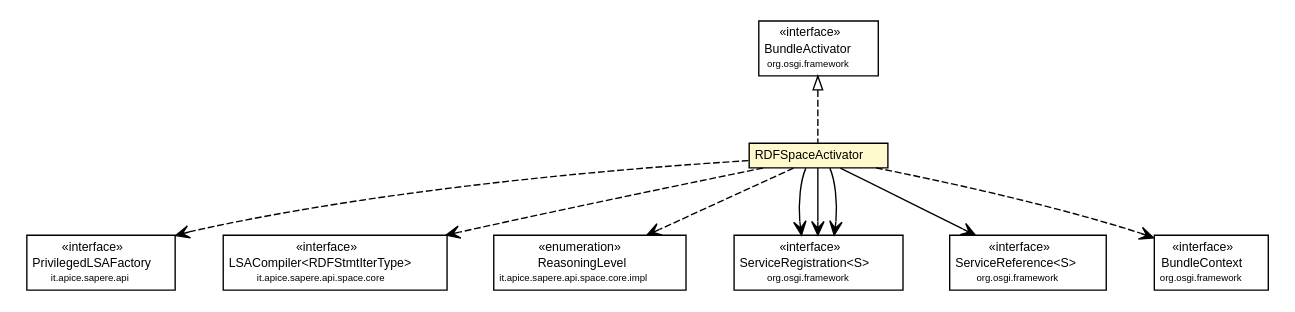
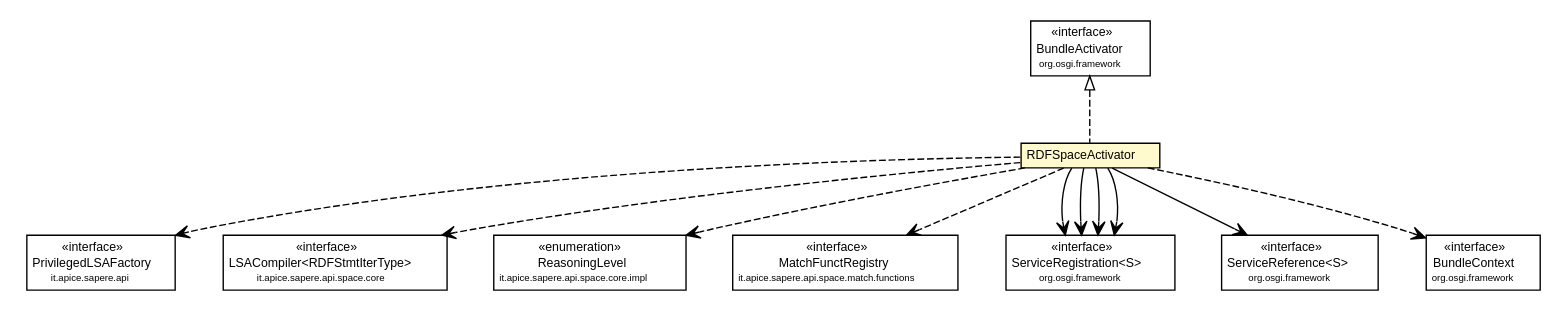
Before and after one commit to DanySK/Legacy-Contessi-Thesis-Semantic-Web-SAPERE: the diagram in deployed-site/apidocs/it/apice/sapere/space/internal/RDFSpaceActivator.dot, drawn with Graphviz. The commit also changed 8879 other files, not shown here.

```diff
--- a/deployed-site/apidocs/it/apice/sapere/space/internal/RDFSpaceActivator.dot
+++ b/deployed-site/apidocs/it/apice/sapere/space/internal/RDFSpaceActivator.dot
@@ -1,90 +1,102 @@
 #!/usr/local/bin/dot
 #
 # Class diagram 
 # Generated by UmlGraph version 4.4 (http://www.spinellis.gr/sw/umlgraph)
 #
 
 digraph G {
 	edge [fontname="Helvetica",fontsize=10,labelfontname="Helvetica",labelfontsize=10];
 	node [fontname="Helvetica",fontsize=10,shape=plaintext];
 	// it.apice.sapere.api.PrivilegedLSAFactory
-	c53019 [label=<<table border="0" cellborder="1" cellspacing="0" cellpadding="2" port="p" href="../../api/PrivilegedLSAFactory.html">
+	c54444 [label=<<table border="0" cellborder="1" cellspacing="0" cellpadding="2" port="p" href="../../api/PrivilegedLSAFactory.html">
 		<tr><td><table border="0" cellspacing="0" cellpadding="1">
 			<tr><td> &laquo;interface&raquo; </td></tr>
 			<tr><td> PrivilegedLSAFactory </td></tr>
 			<tr><td><font point-size="7.0"> it.apice.sapere.api </font></td></tr>
 		</table></td></tr>
 		</table>>, fontname="Helvetica", fontcolor="black", fontsize=9.0];
 	// it.apice.sapere.api.space.core.LSACompiler<RDFStmtIterType>
-	c53094 [label=<<table border="0" cellborder="1" cellspacing="0" cellpadding="2" port="p" href="../../api/space/core/LSACompiler.html">
+	c54519 [label=<<table border="0" cellborder="1" cellspacing="0" cellpadding="2" port="p" href="../../api/space/core/LSACompiler.html">
 		<tr><td><table border="0" cellspacing="0" cellpadding="1">
 			<tr><td> &laquo;interface&raquo; </td></tr>
 			<tr><td> LSACompiler&lt;RDFStmtIterType&gt; </td></tr>
 			<tr><td><font point-size="7.0"> it.apice.sapere.api.space.core </font></td></tr>
 		</table></td></tr>
 		</table>>, fontname="Helvetica", fontcolor="black", fontsize=9.0];
 	// it.apice.sapere.api.space.core.impl.ReasoningLevel
-	c53170 [label=<<table border="0" cellborder="1" cellspacing="0" cellpadding="2" port="p" href="../../api/space/core/impl/ReasoningLevel.html">
+	c54596 [label=<<table border="0" cellborder="1" cellspacing="0" cellpadding="2" port="p" href="../../api/space/core/impl/ReasoningLevel.html">
 		<tr><td><table border="0" cellspacing="0" cellpadding="1">
 			<tr><td> &laquo;enumeration&raquo; </td></tr>
 			<tr><td> ReasoningLevel </td></tr>
 			<tr><td><font point-size="7.0"> it.apice.sapere.api.space.core.impl </font></td></tr>
 		</table></td></tr>
 		</table>>, fontname="Helvetica", fontcolor="black", fontsize=9.0];
+	// it.apice.sapere.api.space.match.functions.MatchFunctRegistry
+	c54604 [label=<<table border="0" cellborder="1" cellspacing="0" cellpadding="2" port="p" href="../../api/space/match/functions/MatchFunctRegistry.html">
+		<tr><td><table border="0" cellspacing="0" cellpadding="1">
+			<tr><td> &laquo;interface&raquo; </td></tr>
+			<tr><td> MatchFunctRegistry </td></tr>
+			<tr><td><font point-size="7.0"> it.apice.sapere.api.space.match.functions </font></td></tr>
+		</table></td></tr>
+		</table>>, fontname="Helvetica", fontcolor="black", fontsize=9.0];
 	// it.apice.sapere.space.internal.RDFSpaceActivator
-	c53183 [label=<<table border="0" cellborder="1" cellspacing="0" cellpadding="2" port="p" bgcolor="lemonChiffon" href="./RDFSpaceActivator.html">
+	c54612 [label=<<table border="0" cellborder="1" cellspacing="0" cellpadding="2" port="p" bgcolor="lemonChiffon" href="./RDFSpaceActivator.html">
 		<tr><td><table border="0" cellspacing="0" cellpadding="1">
 			<tr><td> RDFSpaceActivator </td></tr>
 		</table></td></tr>
 		</table>>, fontname="Helvetica", fontcolor="black", fontsize=9.0];
 	//it.apice.sapere.space.internal.RDFSpaceActivator implements org.osgi.framework.BundleActivator
-	c53246:p -> c53183:p [dir=back,arrowtail=empty,style=dashed];
+	c54669:p -> c54612:p [dir=back,arrowtail=empty,style=dashed];
 	// it.apice.sapere.space.internal.RDFSpaceActivator NAVASSOC org.osgi.framework.ServiceRegistration<S>
-	c53183:p -> c53247:p [taillabel="", label="", headlabel="", fontname="Helvetica", fontcolor="black", fontsize=10.0, color="black", arrowhead=open];
+	c54612:p -> c54670:p [taillabel="", label="", headlabel="", fontname="Helvetica", fontcolor="black", fontsize=10.0, color="black", arrowhead=open];
 	// it.apice.sapere.space.internal.RDFSpaceActivator NAVASSOC org.osgi.framework.ServiceRegistration<S>
-	c53183:p -> c53247:p [taillabel="", label="", headlabel="", fontname="Helvetica", fontcolor="black", fontsize=10.0, color="black", arrowhead=open];
+	c54612:p -> c54670:p [taillabel="", label="", headlabel="", fontname="Helvetica", fontcolor="black", fontsize=10.0, color="black", arrowhead=open];
 	// it.apice.sapere.space.internal.RDFSpaceActivator NAVASSOC org.osgi.framework.ServiceRegistration<S>
-	c53183:p -> c53247:p [taillabel="", label="", headlabel="", fontname="Helvetica", fontcolor="black", fontsize=10.0, color="black", arrowhead=open];
+	c54612:p -> c54670:p [taillabel="", label="", headlabel="", fontname="Helvetica", fontcolor="black", fontsize=10.0, color="black", arrowhead=open];
+	// it.apice.sapere.space.internal.RDFSpaceActivator NAVASSOC org.osgi.framework.ServiceRegistration<S>
+	c54612:p -> c54670:p [taillabel="", label="", headlabel="", fontname="Helvetica", fontcolor="black", fontsize=10.0, color="black", arrowhead=open];
 	// it.apice.sapere.space.internal.RDFSpaceActivator NAVASSOC org.osgi.framework.ServiceReference<S>
-	c53183:p -> c53248:p [taillabel="", label="", headlabel="", fontname="Helvetica", fontcolor="black", fontsize=10.0, color="black", arrowhead=open];
+	c54612:p -> c54671:p [taillabel="", label="", headlabel="", fontname="Helvetica", fontcolor="black", fontsize=10.0, color="black", arrowhead=open];
+	// it.apice.sapere.space.internal.RDFSpaceActivator DEPEND it.apice.sapere.api.space.core.LSACompiler<RDFStmtIterType>
+	c54612:p -> c54519:p [taillabel="", label="", headlabel="", fontname="Helvetica", fontcolor="black", fontsize=10.0, color="black", arrowhead=open, style=dashed];
+	// it.apice.sapere.space.internal.RDFSpaceActivator DEPEND it.apice.sapere.api.space.match.functions.MatchFunctRegistry
+	c54612:p -> c54604:p [taillabel="", label="", headlabel="", fontname="Helvetica", fontcolor="black", fontsize=10.0, color="black", arrowhead=open, style=dashed];
+	// it.apice.sapere.space.internal.RDFSpaceActivator DEPEND it.apice.sapere.api.space.core.impl.ReasoningLevel
+	c54612:p -> c54596:p [taillabel="", label="", headlabel="", fontname="Helvetica", fontcolor="black", fontsize=10.0, color="black", arrowhead=open, style=dashed];
+	// it.apice.sapere.space.internal.RDFSpaceActivator DEPEND it.apice.sapere.api.PrivilegedLSAFactory
+	c54612:p -> c54444:p [taillabel="", label="", headlabel="", fontname="Helvetica", fontcolor="black", fontsize=10.0, color="black", arrowhead=open, style=dashed];
 	// it.apice.sapere.space.internal.RDFSpaceActivator DEPEND org.osgi.framework.BundleContext
-	c53183:p -> c53249:p [taillabel="", label="", headlabel="", fontname="Helvetica", fontcolor="black", fontsize=10.0, color="black", arrowhead=open, style=dashed];
-	// it.apice.sapere.space.internal.RDFSpaceActivator DEPEND it.apice.sapere.api.PrivilegedLSAFactory
-	c53183:p -> c53019:p [taillabel="", label="", headlabel="", fontname="Helvetica", fontcolor="black", fontsize=10.0, color="black", arrowhead=open, style=dashed];
-	// it.apice.sapere.space.internal.RDFSpaceActivator DEPEND it.apice.sapere.api.space.core.impl.ReasoningLevel
-	c53183:p -> c53170:p [taillabel="", label="", headlabel="", fontname="Helvetica", fontcolor="black", fontsize=10.0, color="black", arrowhead=open, style=dashed];
-	// it.apice.sapere.space.internal.RDFSpaceActivator DEPEND it.apice.sapere.api.space.core.LSACompiler<RDFStmtIterType>
-	c53183:p -> c53094:p [taillabel="", label="", headlabel="", fontname="Helvetica", fontcolor="black", fontsize=10.0, color="black", arrowhead=open, style=dashed];
+	c54612:p -> c54672:p [taillabel="", label="", headlabel="", fontname="Helvetica", fontcolor="black", fontsize=10.0, color="black", arrowhead=open, style=dashed];
 	// org.osgi.framework.ServiceRegistration<S>
-	c53247 [label=<<table border="0" cellborder="1" cellspacing="0" cellpadding="2" port="p" href="http://java.sun.com/j2se/1.4.2/docs/api/org/osgi/framework/ServiceRegistration.html">
+	c54670 [label=<<table border="0" cellborder="1" cellspacing="0" cellpadding="2" port="p" href="http://java.sun.com/j2se/1.4.2/docs/api/org/osgi/framework/ServiceRegistration.html">
 		<tr><td><table border="0" cellspacing="0" cellpadding="1">
 			<tr><td> &laquo;interface&raquo; </td></tr>
 			<tr><td> ServiceRegistration&lt;S&gt; </td></tr>
 			<tr><td><font point-size="7.0"> org.osgi.framework </font></td></tr>
 		</table></td></tr>
 		</table>>, fontname="Helvetica", fontcolor="black", fontsize=9.0];
 	// org.osgi.framework.BundleContext
-	c53249 [label=<<table border="0" cellborder="1" cellspacing="0" cellpadding="2" port="p" href="http://java.sun.com/j2se/1.4.2/docs/api/org/osgi/framework/BundleContext.html">
+	c54672 [label=<<table border="0" cellborder="1" cellspacing="0" cellpadding="2" port="p" href="http://java.sun.com/j2se/1.4.2/docs/api/org/osgi/framework/BundleContext.html">
 		<tr><td><table border="0" cellspacing="0" cellpadding="1">
 			<tr><td> &laquo;interface&raquo; </td></tr>
 			<tr><td> BundleContext </td></tr>
 			<tr><td><font point-size="7.0"> org.osgi.framework </font></td></tr>
 		</table></td></tr>
 		</table>>, fontname="Helvetica", fontcolor="black", fontsize=9.0];
 	// org.osgi.framework.ServiceReference<S>
-	c53248 [label=<<table border="0" cellborder="1" cellspacing="0" cellpadding="2" port="p" href="http://java.sun.com/j2se/1.4.2/docs/api/org/osgi/framework/ServiceReference.html">
+	c54671 [label=<<table border="0" cellborder="1" cellspacing="0" cellpadding="2" port="p" href="http://java.sun.com/j2se/1.4.2/docs/api/org/osgi/framework/ServiceReference.html">
 		<tr><td><table border="0" cellspacing="0" cellpadding="1">
 			<tr><td> &laquo;interface&raquo; </td></tr>
 			<tr><td> ServiceReference&lt;S&gt; </td></tr>
 			<tr><td><font point-size="7.0"> org.osgi.framework </font></td></tr>
 		</table></td></tr>
 		</table>>, fontname="Helvetica", fontcolor="black", fontsize=9.0];
 	// org.osgi.framework.BundleActivator
-	c53246 [label=<<table border="0" cellborder="1" cellspacing="0" cellpadding="2" port="p" href="http://java.sun.com/j2se/1.4.2/docs/api/org/osgi/framework/BundleActivator.html">
+	c54669 [label=<<table border="0" cellborder="1" cellspacing="0" cellpadding="2" port="p" href="http://java.sun.com/j2se/1.4.2/docs/api/org/osgi/framework/BundleActivator.html">
 		<tr><td><table border="0" cellspacing="0" cellpadding="1">
 			<tr><td> &laquo;interface&raquo; </td></tr>
 			<tr><td> BundleActivator </td></tr>
 			<tr><td><font point-size="7.0"> org.osgi.framework </font></td></tr>
 		</table></td></tr>
 		</table>>, fontname="Helvetica", fontcolor="black", fontsize=9.0];
 }
```
